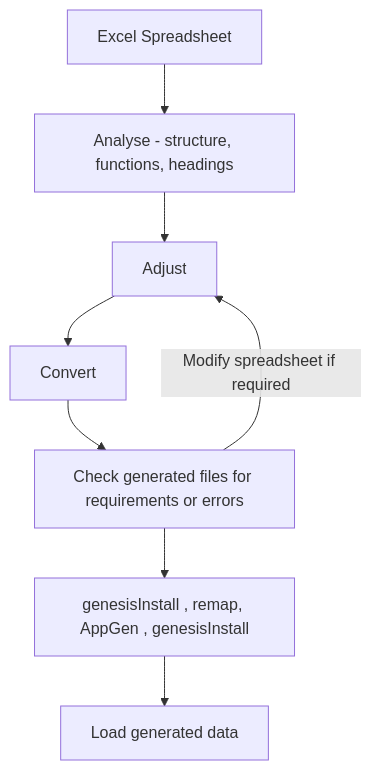
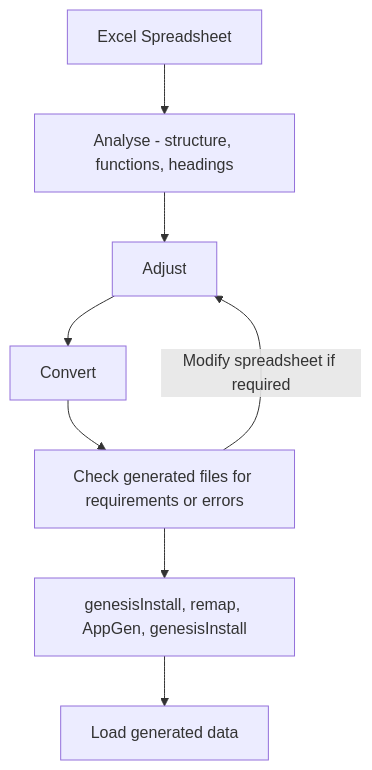
The diagram in docs/03_server-modules/10_integration/09_excel-to-genesis/03_quick-guide.md (genesiscommunitysuccess/docs), drawn with Mermaid before and after one commit. The commit also changed other lines of this file, not shown here.

````diff
--- a/docs/03_server-modules/10_integration/09_excel-to-genesis/03_quick-guide.md
+++ b/docs/03_server-modules/10_integration/09_excel-to-genesis/03_quick-guide.md
@@ -23,10 +23,10 @@
 ```mermaid
 graph TD
 A[Excel Spreadsheet] --> B[Analyse - structure, functions, headings]
 B --> C[Adjust]
 C -->D[Convert]
 D -->E[Check generated files for requirements or errors]
 E -->|Modify spreadsheet if required|C
-E -->F[genesisInstall , remap, AppGen , genesisInstall]
+E -->F[genesisInstall, remap, AppGen, genesisInstall]
 F -->G[Load generated data]
 ```
````
